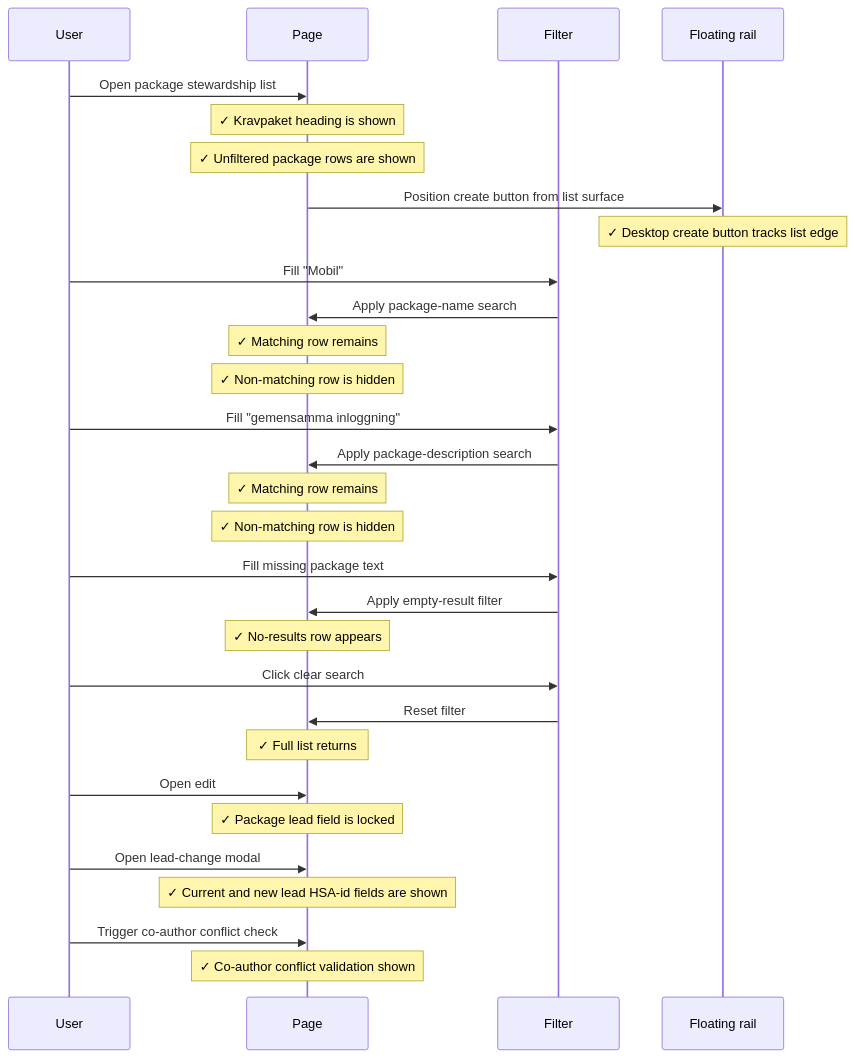
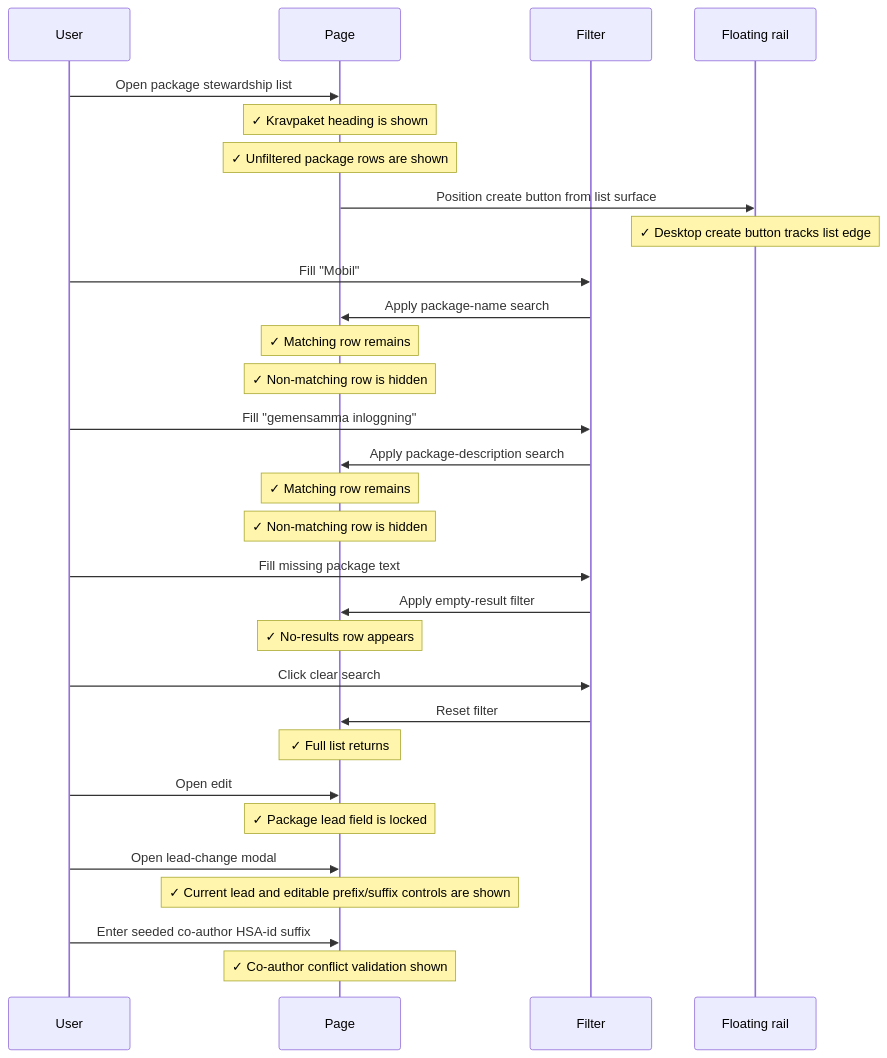
One commit to viscalyx/Kravhantering changed the second of 3 diagrams in tests/integration/requirement-packages-list.md. Above: the diagram before and after it, drawn with Mermaid. The commit also changed other lines of this file and 13 other files, not shown here.

````diff
--- a/tests/integration/requirement-packages-list.md
+++ b/tests/integration/requirement-packages-list.md
@@ -82,33 +83,33 @@
 ```mermaid
 sequenceDiagram
     participant U as User
     participant P as Page
     participant F as Filter
     participant R as Floating rail
 
     U->>P: Open package stewardship list
     Note over P: ✓ Kravpaket heading is shown
     Note over P: ✓ Unfiltered package rows are shown
     P->>R: Position create button from list surface
     Note over R: ✓ Desktop create button tracks list edge
     U->>F: Fill "Mobil"
     F->>P: Apply package-name search
     Note over P: ✓ Matching row remains
     Note over P: ✓ Non-matching row is hidden
     U->>F: Fill "gemensamma inloggning"
     F->>P: Apply package-description search
     Note over P: ✓ Matching row remains
     Note over P: ✓ Non-matching row is hidden
     U->>F: Fill missing package text
     F->>P: Apply empty-result filter
     Note over P: ✓ No-results row appears
     U->>F: Click clear search
     F->>P: Reset filter
     Note over P: ✓ Full list returns
     U->>P: Open edit
     Note over P: ✓ Package lead field is locked
     U->>P: Open lead-change modal
-    Note over P: ✓ Current and new lead HSA-id fields are shown
-    U->>P: Trigger co-author conflict check
+    Note over P: ✓ Current lead and editable prefix/suffix controls are shown
+    U->>P: Enter seeded co-author HSA-id suffix
     Note over P: ✓ Co-author conflict validation shown
 ```
````
